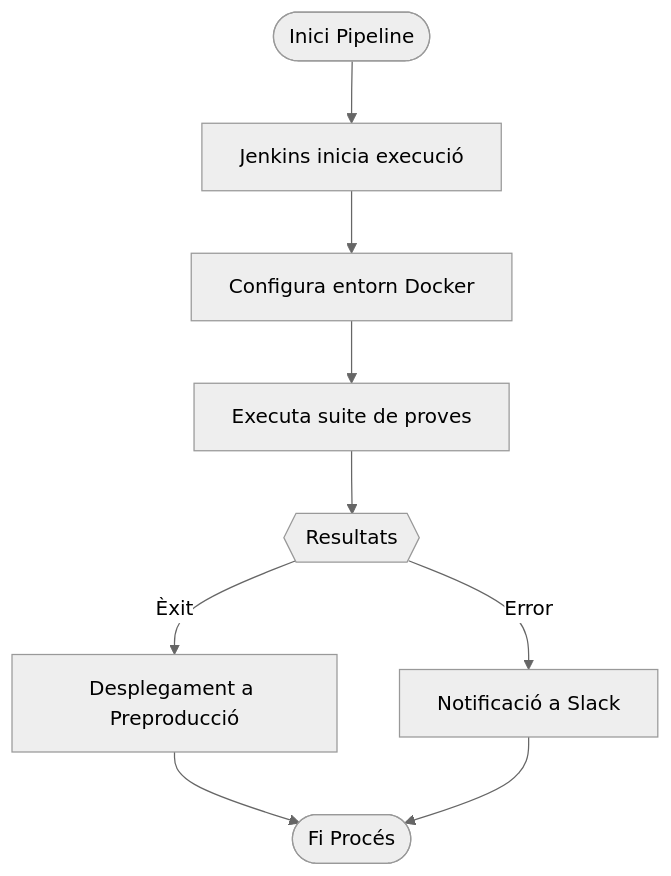
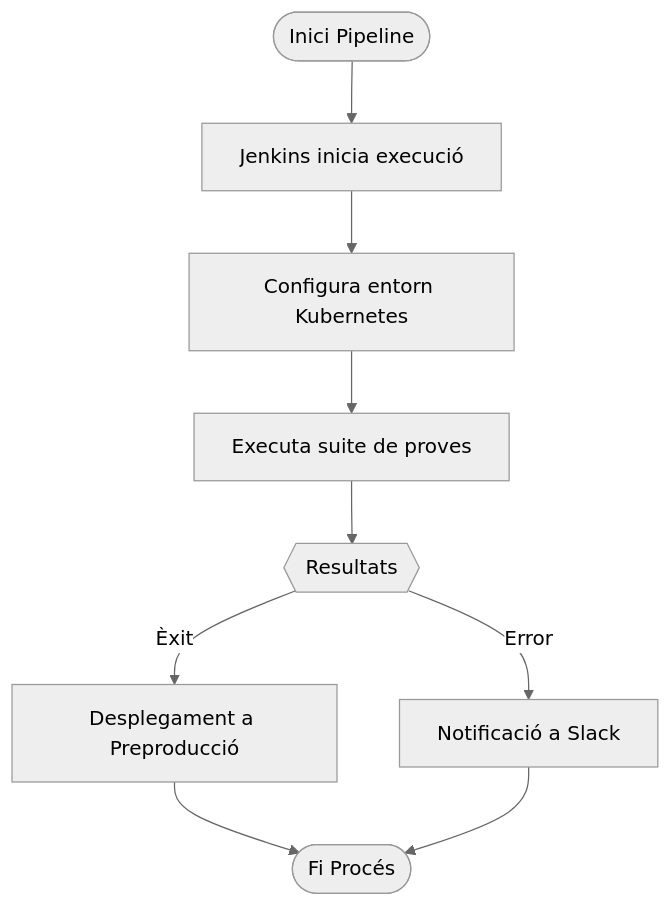
One commit to juananmora/mkdocs-sample1 changed the diagram in docs/jenkins/selenium.md. Above: the diagram before and after it, drawn with Mermaid. The commit also changed other lines of this file, not shown here.

Commit message:
Actualizar la documentación del MAT: reemplazar Allure Reports por Extent Reports y ajustar la configuración de Docker a Kubernetes en el flujo de trabajo de Selenium.

````diff
--- a/docs/jenkins/selenium.md
+++ b/docs/jenkins/selenium.md
@@ -38,12 +38,12 @@
 ```mermaid
 %%{init: {'theme':'neutral'}}%%
 flowchart TD
 A([Inici Pipeline]) --> B[Jenkins inicia execució]
-B --> C[Configura entorn Docker]
+B --> C[Configura entorn Kubernetes]
 C --> D[Executa suite de proves]
 D --> E{{Resultats}}
 E -->|Èxit| F[Desplegament a Preproducció]
 E -->|Error| G[Notificació a Slack]
 F --> H([Fi Procés])
 G --> H
 ```
````
